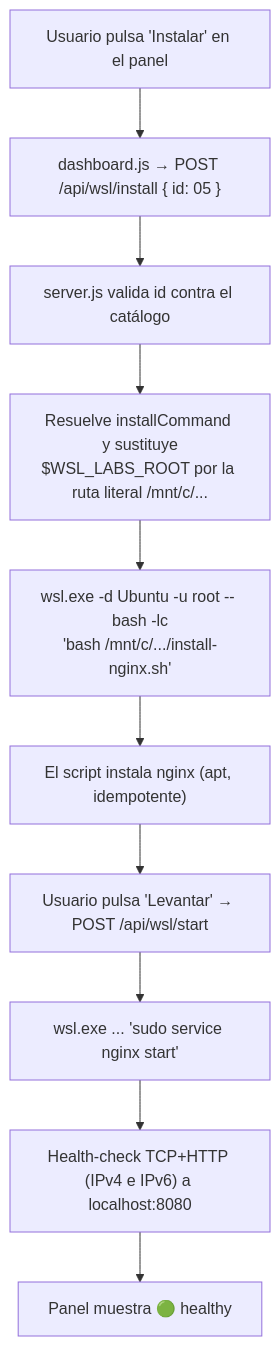
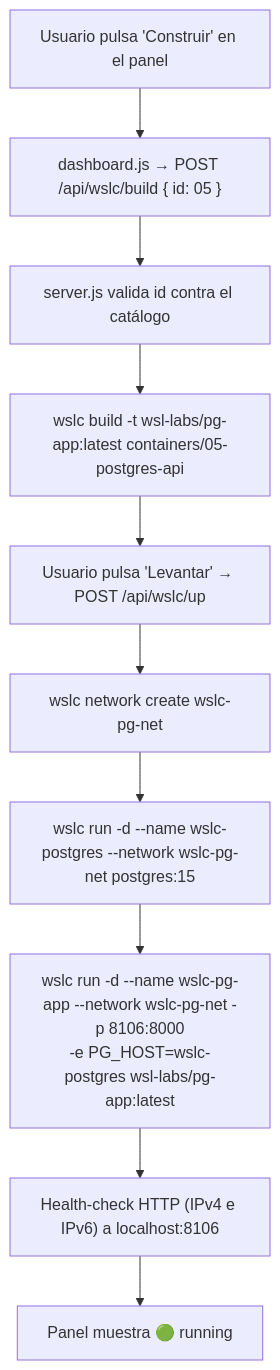
One commit to vladimiracunadev-create/wsl-labs changed the second of 2 diagrams in docs/ARCHITECTURE.md. Above: the diagram before and after it, drawn with Mermaid. The commit also changed other lines of this file and 90 other files, not shown here.

````diff
--- a/docs/ARCHITECTURE.md
+++ b/docs/ARCHITECTURE.md
@@ -144,12 +149,12 @@
 ```mermaid
 flowchart TD
-    A["Usuario pulsa 'Instalar' en el panel"] --> B["dashboard.js → POST /api/wsl/install { id: 05 }"]
+    A["Usuario pulsa 'Construir' en el panel"] --> B["dashboard.js → POST /api/wslc/build { id: 05 }"]
     B --> C["server.js valida id contra el catálogo"]
-    C --> D["Resuelve installCommand y sustituye<br/>$WSL_LABS_ROOT por la ruta literal /mnt/c/..."]
-    D --> E["wsl.exe -d Ubuntu -u root -- bash -lc<br/>'bash /mnt/c/.../install-nginx.sh'"]
-    E --> F["El script instala nginx (apt, idempotente)"]
-    F --> G["Usuario pulsa 'Levantar' → POST /api/wsl/start"]
-    G --> H["wsl.exe ... 'sudo service nginx start'"]
-    H --> I["Health-check TCP+HTTP (IPv4 e IPv6) a localhost:8080"]
-    I --> J["Panel muestra 🟢 healthy"]
+    C --> D["wslc build -t wsl-labs/pg-app:latest containers/05-postgres-api"]
+    D --> E["Usuario pulsa 'Levantar' → POST /api/wslc/up"]
+    E --> F["wslc network create wslc-pg-net"]
+    F --> G["wslc run -d --name wslc-postgres --network wslc-pg-net postgres:15"]
+    G --> H["wslc run -d --name wslc-pg-app --network wslc-pg-net -p 8106:8000<br/>-e PG_HOST=wslc-postgres wsl-labs/pg-app:latest"]
+    H --> I["Health-check HTTP (IPv4 e IPv6) a localhost:8106"]
+    I --> J["Panel muestra 🟢 running"]
 ```
````
